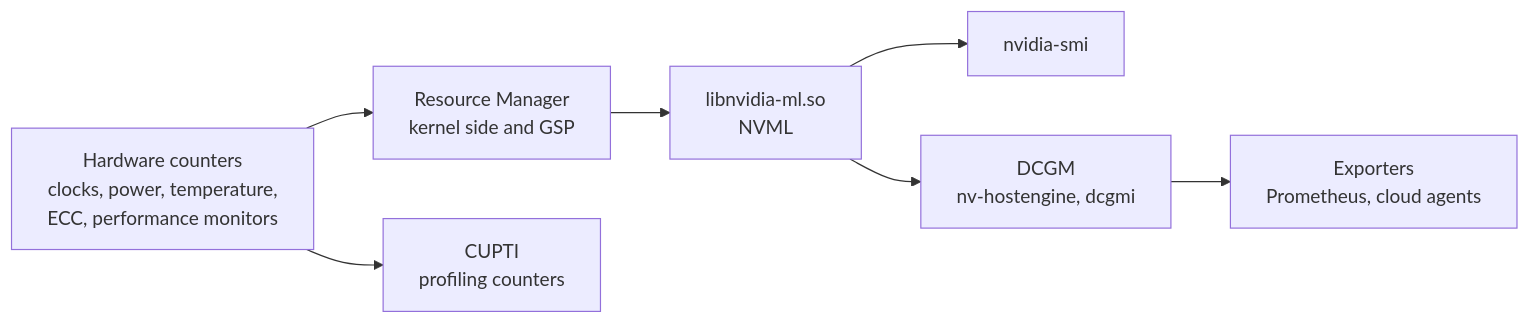
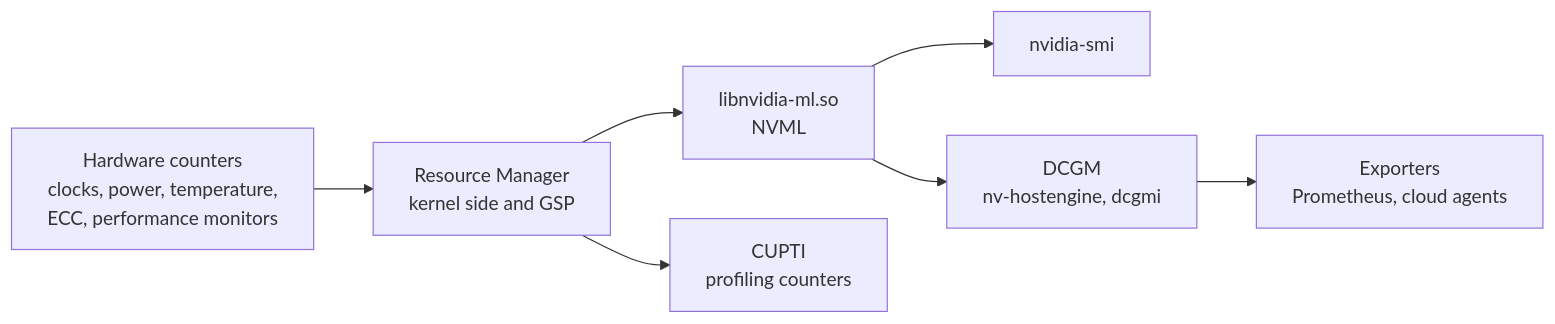
The diagram in docs/src/content/docs/knowledgebase/telemetry.mdx (Indspl0it/gspwn), drawn with Mermaid before and after one commit. The commit also changed other lines of this file and 26 other files, not shown here.

````diff
--- a/docs/src/content/docs/knowledgebase/telemetry.mdx
+++ b/docs/src/content/docs/knowledgebase/telemetry.mdx
@@ -12,15 +13,15 @@
 ```mermaid
 flowchart LR
   HW["Hardware counters<br/>clocks, power, temperature,<br/>ECC, performance monitors"]
   RM["Resource Manager<br/>kernel side and GSP"]
   NVML["libnvidia-ml.so<br/>NVML"]
   SMI["nvidia-smi"]
   DCGM["DCGM<br/>nv-hostengine, dcgmi"]
   EXP["Exporters<br/>Prometheus, cloud agents"]
   CUPTI["CUPTI<br/>profiling counters"]
 
   HW --> RM --> NVML
   NVML --> SMI
   NVML --> DCGM --> EXP
-  HW --> CUPTI
+  RM --> CUPTI
 ```
````
